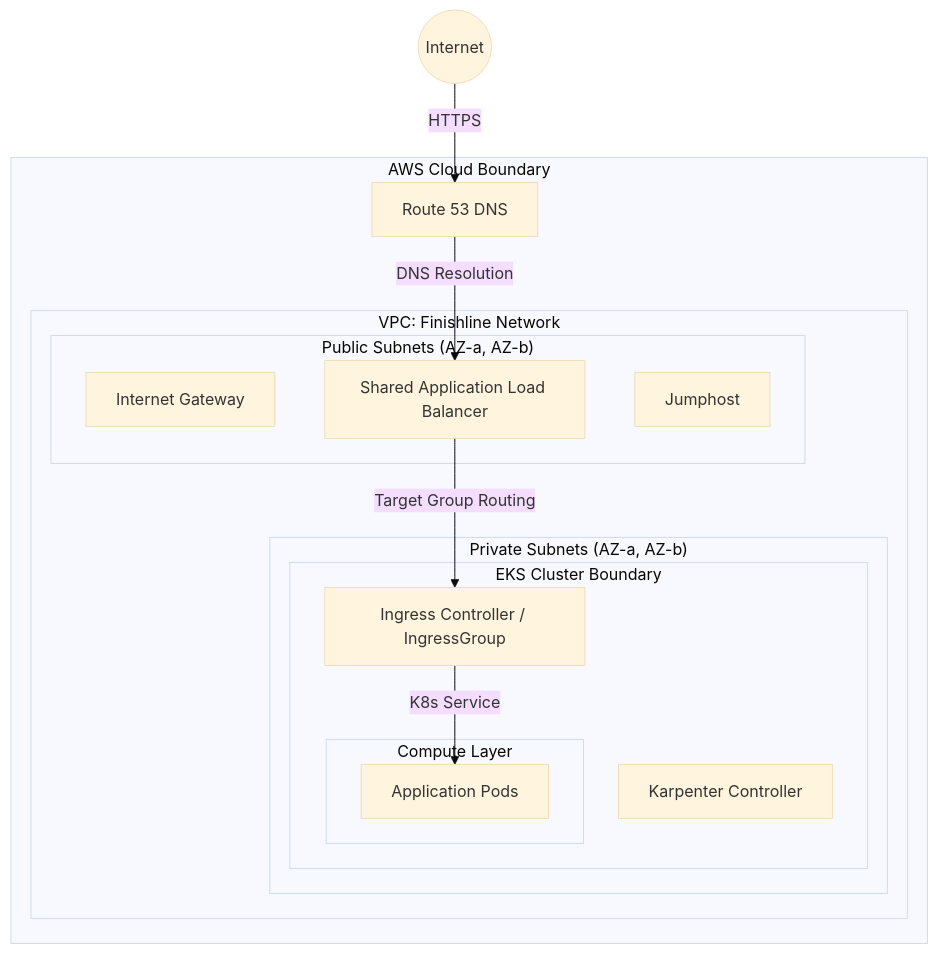
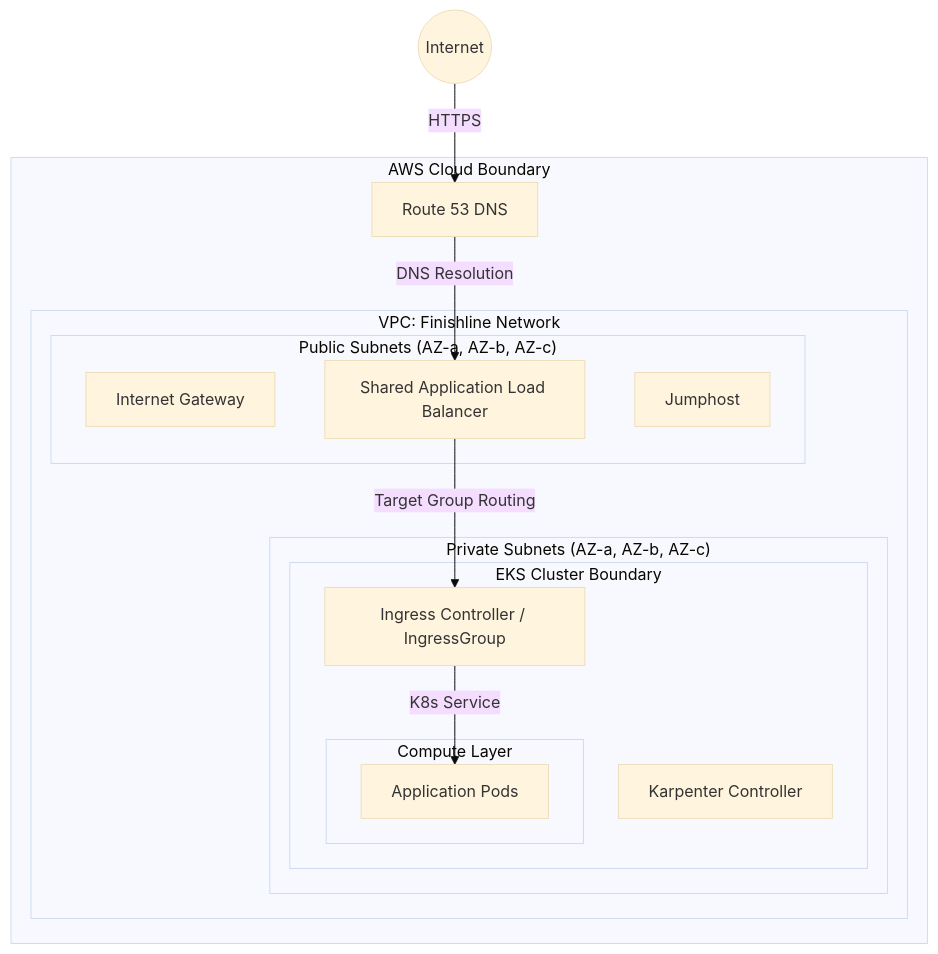
The first of 3 diagrams in terraform/README.md (Ganil151/finishline_infra_app), drawn with Mermaid (base theme) before and after one commit. The commit also changed other lines of this file and 126 other files, not shown here.

````diff
--- a/terraform/README.md
+++ b/terraform/README.md
@@ -28,32 +28,32 @@
 ```mermaid
 flowchart TD
     Client((Internet))
     
     subgraph AWS["AWS Cloud Boundary"]
         Route53[Route 53 DNS]
         
         subgraph VPC["VPC: Finishline Network"]
-            subgraph Public["Public Subnets (AZ-a, AZ-b)"]
+            subgraph Public["Public Subnets (AZ-a, AZ-b, AZ-c)"]
                 IGW[Internet Gateway]
                 ALB[Shared Application Load Balancer]
                 Bastion[Jumphost]
             end
             
-            subgraph Private["Private Subnets (AZ-a, AZ-b)"]
+            subgraph Private["Private Subnets (AZ-a, AZ-b, AZ-c)"]
                 subgraph EKS["EKS Cluster Boundary"]
                     IngressCtrl[Ingress Controller / IngressGroup]
                     KarpenterCtrl[Karpenter Controller]
                     
                     subgraph Workloads["Compute Layer"]
                         Pod[Application Pods]
                     end
                 end
             end
         end
     end
 
     Client -->|HTTPS| Route53
     Route53 -->|DNS Resolution| ALB
     ALB -->|Target Group Routing| IngressCtrl
     IngressCtrl -->|K8s Service| Pod
 ```
````
